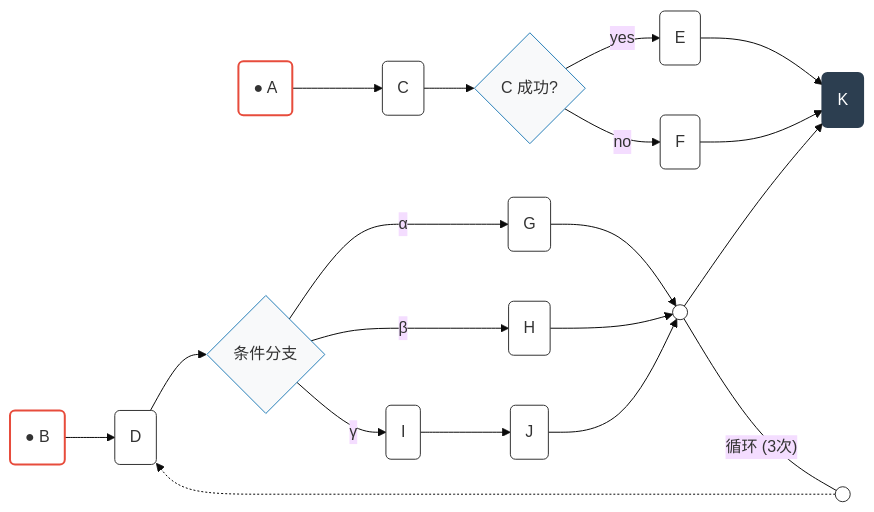
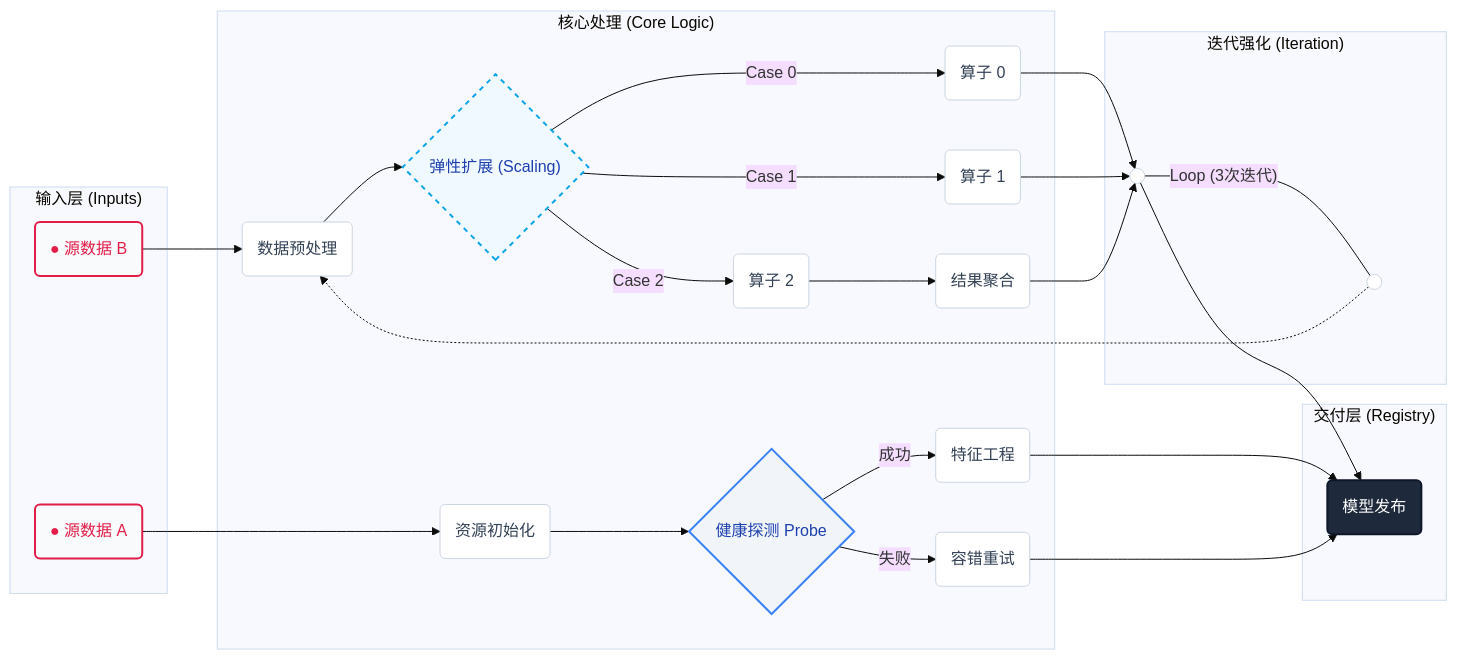
Before and after one commit to zhaizhch/workflow: the diagram in docs/promotion.md, drawn with Mermaid (base theme). The commit also changed 3 other files, not shown here.

Commit message:
docs: 更新 promotion.md 并删除复杂的 DAG 动画图片。

````diff
--- a/docs/promotion.md
+++ b/docs/promotion.md
@@ -48,39 +46,49 @@
 ```mermaid
 graph LR
-    %% 节点定义
-    A("● A") --> C(C)
-    B("● B") --> D(D)
+    subgraph START ["输入层 (Inputs)"]
+        A("● 源数据 A")
+        B("● 源数据 B")
+    end
+
+    subgraph CORE ["核心处理 (Core Logic)"]
+        A --> C(资源初始化)
+        B --> D(数据预处理)
+        
+        C --> Probe{健康探测 Probe}
+        Probe -- 成功 --> E(特征工程)
+        Probe -- 失败 --> F(容错重试)
+        
+        D --> Parallel{"弹性扩展 (Scaling)"}
+        Parallel -- Case 0 --> G(算子 0)
+        Parallel -- Case 1 --> H(算子 1)
+        Parallel -- Case 2 --> I(算子 2)
+        I --> J(结果聚合)
+    end
     
-    C --> CondC{C 成功?}
-    CondC -- yes --> E(E)
-    CondC -- no --> F(F)
+    subgraph LOOP ["迭代强化 (Iteration)"]
+        G --> Junction(( ))
+        H --> Junction
+        J --> Junction
+        
+        Junction -- "Loop (3次迭代)" --- Repeat(( ))
+        Repeat -.-> D
+    end
     
-    D --> Case{条件分支}
-    Case -- α --> G(G)
-    Case -- β --> H(H)
-    Case -- γ --> I(I)
-    I --> J(J)
-    
-    %% 汇聚与反馈
-    G --> Junction(( ))
-    H --> Junction
-    J --> Junction
-    
-    Junction -- "循环 (3次)" --- Loop(( ))
-    Loop -.-> D
-    
-    %% 最终汇聚
-    E --> K(K)
-    F --> K
-    Junction --> K
-    
-    %% 样式美化
-    classDef default fill:#fff,stroke:#333,stroke-width:1px;
-    classDef start fill:#fff,stroke:#e74c3c,stroke-width:2px;
-    classDef decision fill:#f8f9fa,stroke:#2980b9,stroke-width:1px;
-    classDef final fill:#2c3e50,stroke:#2c3e50,stroke-width:2px,color:#fff;
-    
+    subgraph FINAL ["交付层 (Registry)"]
+        E --> K(模型发布)
+        F --> K
+        Junction --> K
+    end
+
+    %% 样式美化 (Aesthetic Styling)
+    classDef default fill:#ffffff,stroke:#cbd5e1,stroke-width:1px,color:#334155;
+    classDef start fill:#f8fafc,stroke:#e11d48,stroke-width:2px,color:#e11d48;
+    classDef decision fill:#f1f5f9,stroke:#3b82f6,stroke-width:2px,color:#1e40af;
+    classDef final fill:#1e293b,stroke:#0f172a,stroke-width:2px,color:#ffffff;
+    classDef parallel fill:#f0f9ff,stroke:#0ea5e9,stroke-dasharray: 5 5;
+
     class A,B start;
-    class CondC,Case decision;
+    class Probe,Parallel,Case decision;
     class K final;
+    class Parallel parallel;
 ```
````
